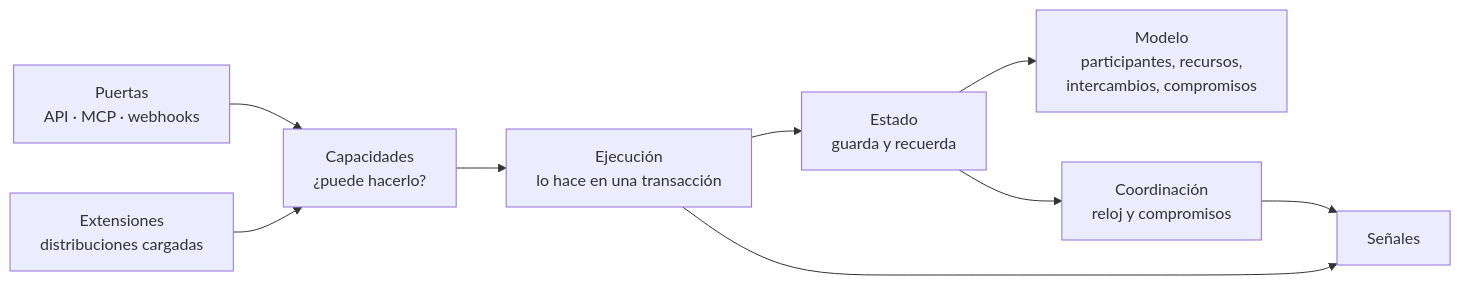
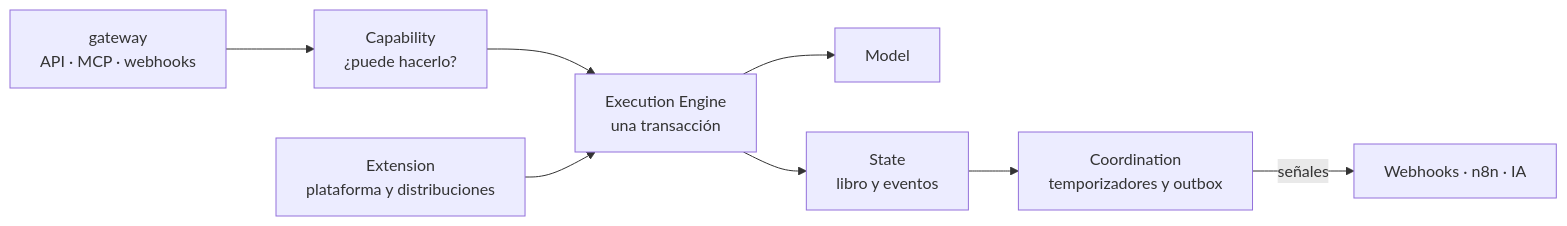
The diagram in docs/02-arquitectura/kernel.md (NexusThrive/nexusthrive), drawn with Mermaid before and after one commit. The commit also changed other lines of this file and 130 other files, not shown here.

````diff
--- a/docs/02-arquitectura/kernel.md
+++ b/docs/02-arquitectura/kernel.md
@@ -5,11 +28,10 @@
 ```mermaid
 flowchart LR
-    IN["Puertas<br/>API · MCP · webhooks"] --> CAP["Capacidades<br/>¿puede hacerlo?"]
-    CAP --> EJE["Ejecución<br/>lo hace en una transacción"]
-    EJE --> EST["Estado<br/>guarda y recuerda"]
-    EST --> MOD["Modelo<br/>participantes, recursos,<br/>intercambios, compromisos"]
-    EJE --> SEN["Señales"]
-    COO["Coordinación<br/>reloj y compromisos"] --> SEN
-    EST --> COO
-    EXT["Extensiones<br/>distribuciones cargadas"] --> CAP
+    IN["gateway<br/>API · MCP · webhooks"] --> CAP["Capability<br/>¿puede hacerlo?"]
+    CAP --> EXE["Execution Engine<br/>una transacción"]
+    EXT["Extension<br/>plataforma y distribuciones"] --> EXE
+    EXE --> MOD["Model"]
+    EXE --> ST["State<br/>libro y eventos"]
+    ST --> CO["Coordination<br/>temporizadores y outbox"]
+    CO -->|"señales"| OUT["Webhooks · n8n · IA"]
 ```
````
